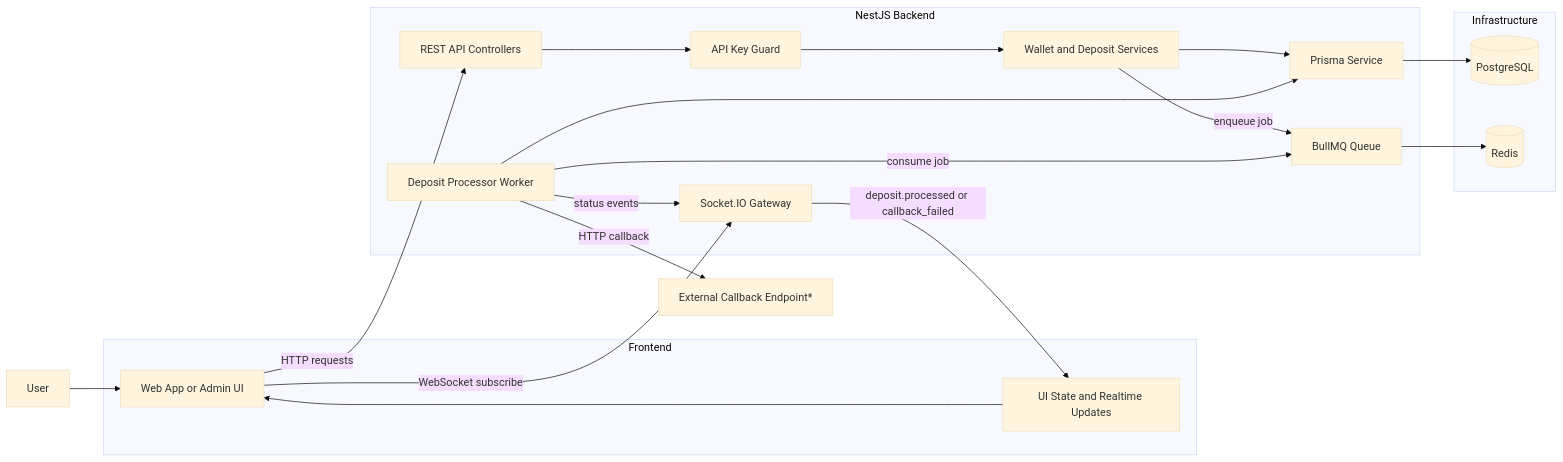
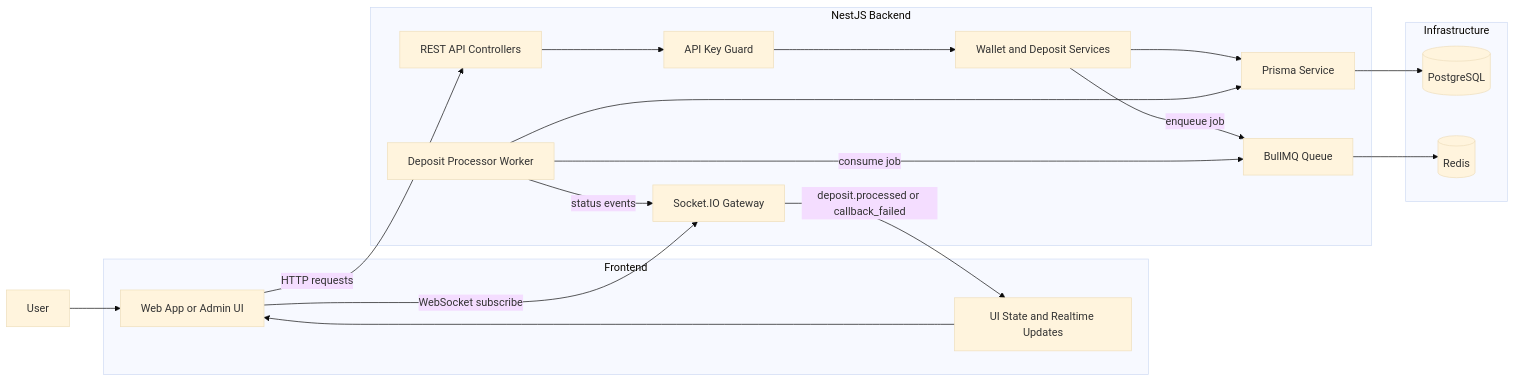
The diagram in docs/ARCHITECTURE.md (dinethpiyumantha/realtime-deposite-processing-backend), drawn with Mermaid (base theme) before and after one commit. The commit also changed other lines of this file, not shown here.

Commit message:
docs: remove callback endpoint from architecture diagram

````diff
--- a/docs/ARCHITECTURE.md
+++ b/docs/ARCHITECTURE.md
@@ -5,42 +5,39 @@
 ```mermaid
 flowchart LR
 	user[User]
 
 	subgraph frontend[Frontend]
 		webapp[Web App or Admin UI]
 		state[UI State and Realtime Updates]
 	end
 
 	subgraph backend[NestJS Backend]
 		api[REST API Controllers]
 		guard[API Key Guard]
 		service[Wallet and Deposit Services]
 		ws[Socket.IO Gateway]
 		queue[BullMQ Queue]
 		worker[Deposit Processor Worker]
 		prisma[Prisma Service]
 	end
 
 	subgraph data[Infrastructure]
 		postgres[(PostgreSQL)]
 		redis[(Redis)]
 	end
 
-	callback[External Callback Endpoint*]
-
 	user --> webapp
 	webapp -->|HTTP requests| api
 	webapp -->|WebSocket subscribe| ws
 	api --> guard
 	guard --> service
 	service --> prisma
 	prisma --> postgres
 	service -->|enqueue job| queue
 	queue --> redis
 	worker -->|consume job| queue
 	worker --> prisma
 	worker -->|status events| ws
-	worker -->|HTTP callback| callback
 	ws -->|deposit.processed or callback_failed| state
 	state --> webapp
 ```
````
